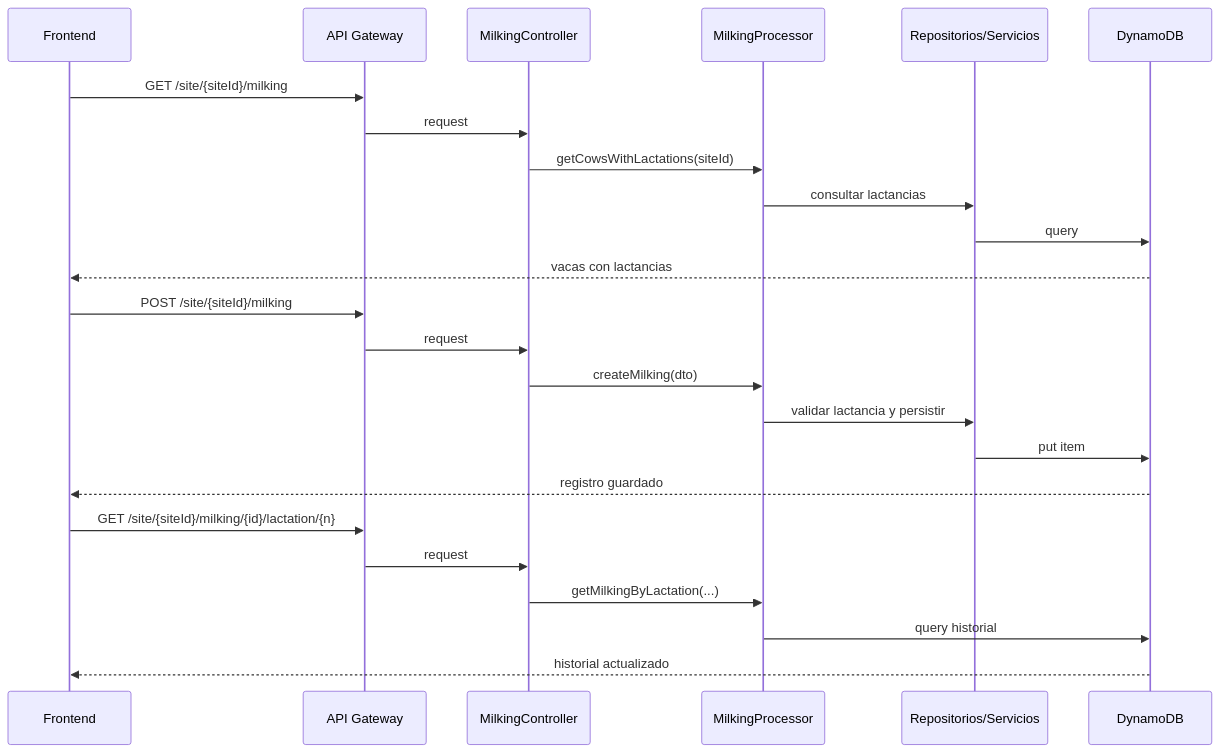
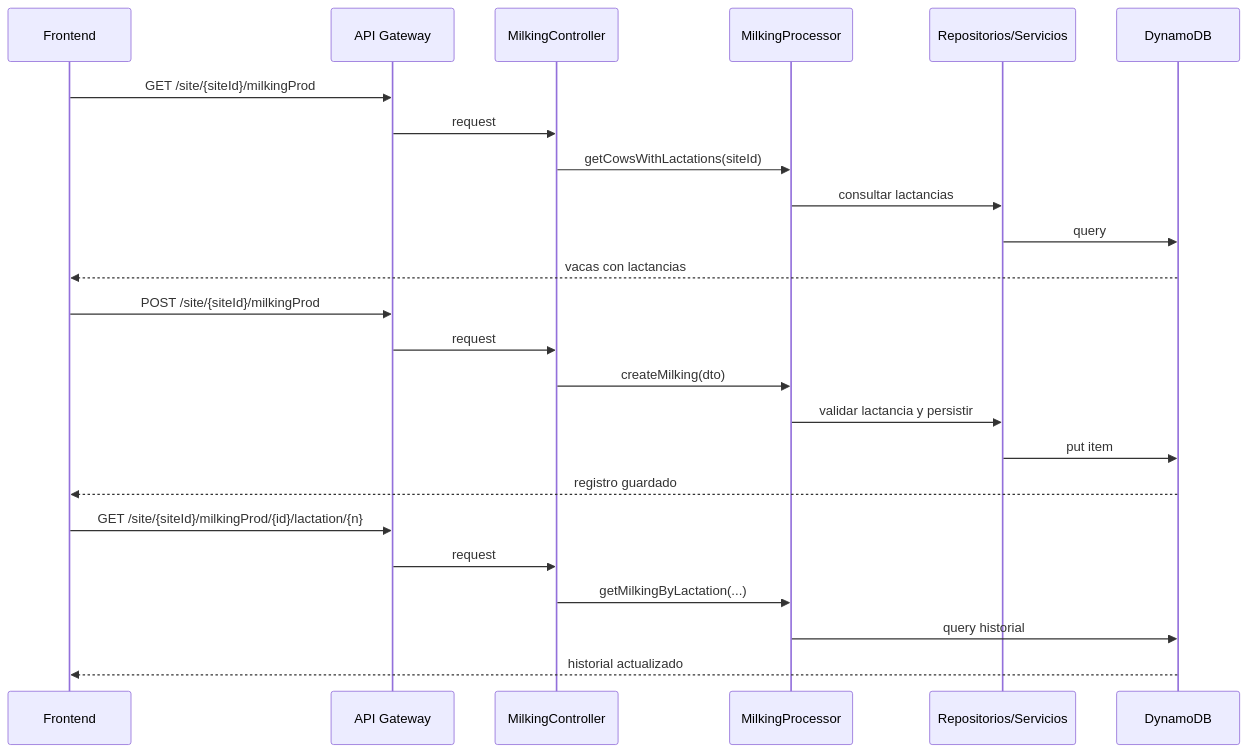
The diagram in docs/arquitectura/flujos/flujo-transversal-ordeno-frontend-backend.md (jhonroberth0303/lambda-aws-cattle-java), drawn with Mermaid before and after one commit. The commit also changed other lines of this file and 63 other files, not shown here.

````diff
--- a/docs/arquitectura/flujos/flujo-transversal-ordeno-frontend-backend.md
+++ b/docs/arquitectura/flujos/flujo-transversal-ordeno-frontend-backend.md
@@ -63,27 +63,27 @@
 ```mermaid
 sequenceDiagram
     participant FE as Frontend
     participant APIGW as API Gateway
     participant CTRL as MilkingController
     participant PROC as MilkingProcessor
     participant REPO as Repositorios/Servicios
     participant DDB as DynamoDB
 
-    FE->>APIGW: GET /site/{siteId}/milking
+    FE->>APIGW: GET /site/{siteId}/milkingProd
     APIGW->>CTRL: request
     CTRL->>PROC: getCowsWithLactations(siteId)
     PROC->>REPO: consultar lactancias
     REPO->>DDB: query
     DDB-->>FE: vacas con lactancias
-    FE->>APIGW: POST /site/{siteId}/milking
+    FE->>APIGW: POST /site/{siteId}/milkingProd
     APIGW->>CTRL: request
     CTRL->>PROC: createMilking(dto)
     PROC->>REPO: validar lactancia y persistir
     REPO->>DDB: put item
     DDB-->>FE: registro guardado
-    FE->>APIGW: GET /site/{siteId}/milking/{id}/lactation/{n}
+    FE->>APIGW: GET /site/{siteId}/milkingProd/{id}/lactation/{n}
     APIGW->>CTRL: request
     CTRL->>PROC: getMilkingByLactation(...)
     PROC->>DDB: query historial
     DDB-->>FE: historial actualizado
 ```
````
